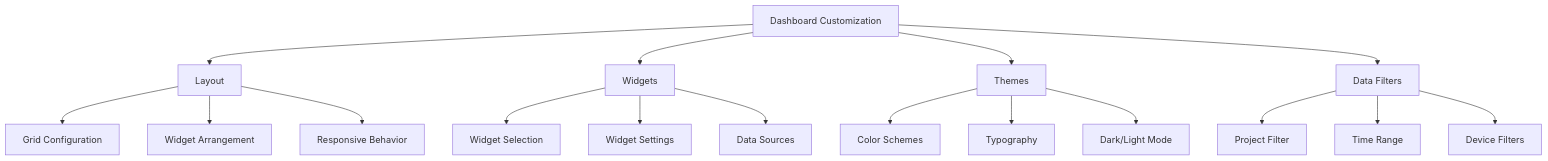
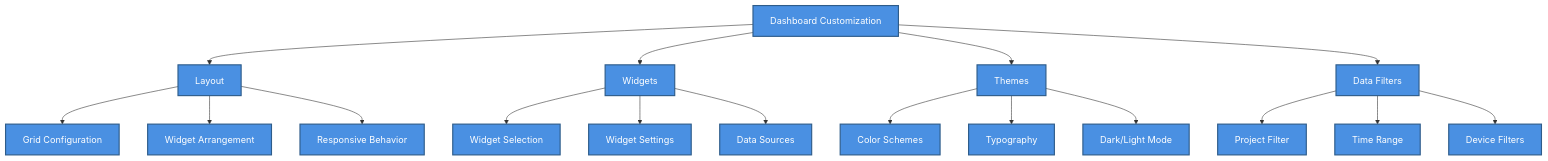
One commit to LinhDangDev/knowledge_base changed the diagram in SHUNCOM RULR Knowledge Base/07-Dashboard/Customization Guide.md. Above: the diagram before and after it, drawn with Mermaid. The commit also changed other lines of this file and 27 other files, not shown here.

First line of the commit message:
docs: final polish - fix remaining wikilinks and enhance mermaid diagrams

````diff
--- a/SHUNCOM RULR Knowledge Base/07-Dashboard/Customization Guide.md
+++ b/SHUNCOM RULR Knowledge Base/07-Dashboard/Customization Guide.md
@@ -24,23 +30,29 @@
 ```mermaid
 graph TB
     A[Dashboard Customization] --> B[Layout]
     A --> C[Widgets]
     A --> D[Themes]
     A --> E[Data Filters]
     
     B --> B1[Grid Configuration]
     B --> B2[Widget Arrangement]
     B --> B3[Responsive Behavior]
     
     C --> C1[Widget Selection]
     C --> C2[Widget Settings]
     C --> C3[Data Sources]
     
     D --> D1[Color Schemes]
     D --> D2[Typography]
     D --> D3[Dark/Light Mode]
     
     E --> E1[Project Filter]
     E --> E2[Time Range]
     E --> E3[Device Filters]
+
+    classDef default fill:#4A90E2,stroke:#2E5C8A,stroke-width:2px,color:#fff
+    classDef primary fill:#7B68EE,stroke:#5A4FC4,stroke-width:2px,color:#fff
+    classDef success fill:#50C878,stroke:#3A9B5C,stroke-width:2px,color:#fff
+    classDef warning fill:#FFA500,stroke:#CC8400,stroke-width:2px,color:#fff
+    classDef danger fill:#FF6B6B,stroke:#CC5555,stroke-width:2px,color:#fff
 ```
````
